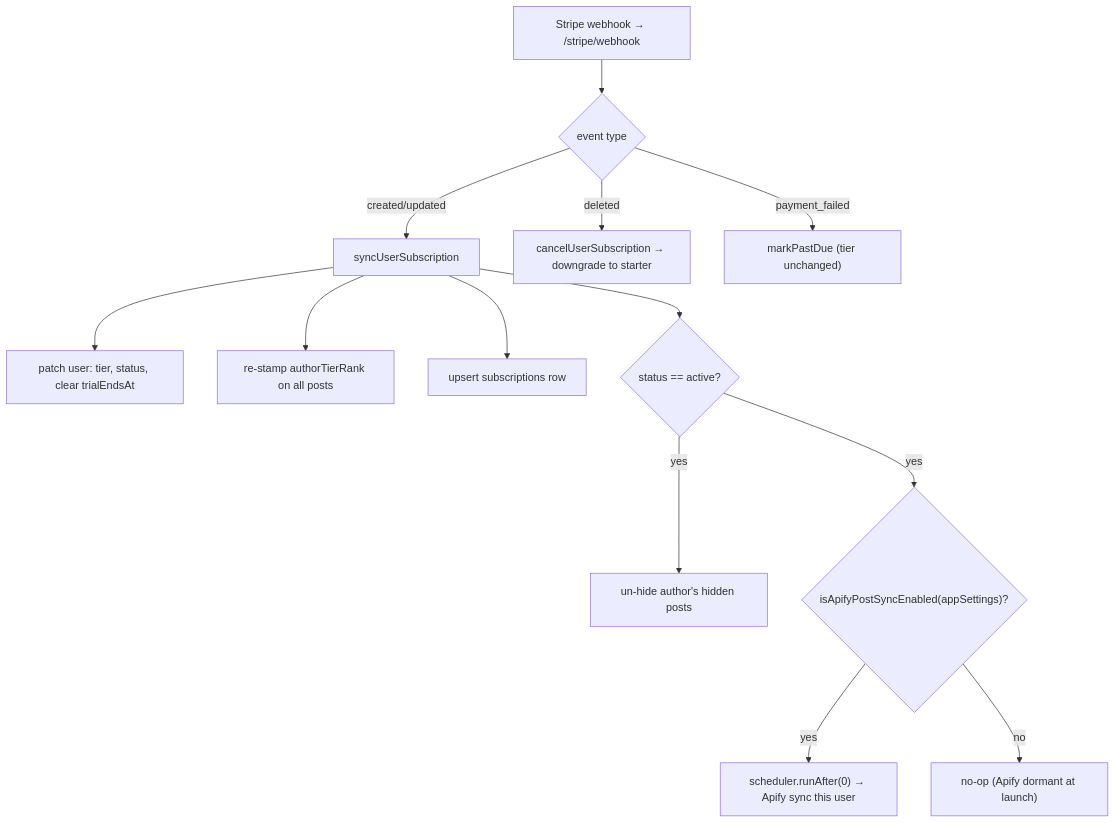
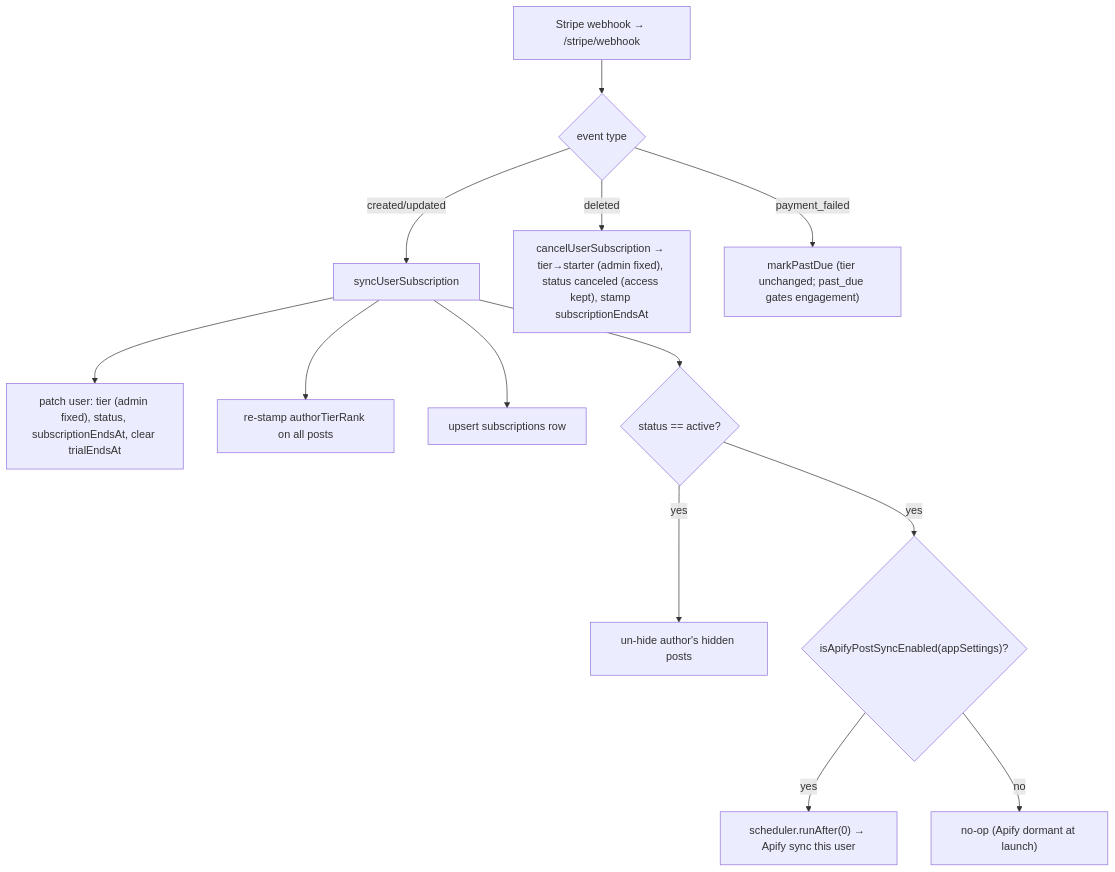
Before and after one commit to henriko202/glowing-octo-guide: the sixth of 21 diagrams in docs/PLATFORM.md, drawn with Mermaid. The commit also changed other lines of this file and 26 other files, not shown here.

````diff
--- a/docs/PLATFORM.md
+++ b/docs/PLATFORM.md
@@ -893,15 +912,15 @@
 ```mermaid
 flowchart TD
   W["Stripe webhook → /stripe/webhook"] --> T{"event type"}
   T -->|created/updated| SYNC["syncUserSubscription"]
-  SYNC --> P1["patch user: tier, status, clear trialEndsAt"]
+  SYNC --> P1["patch user: tier (admin fixed), status, subscriptionEndsAt, clear trialEndsAt"]
   SYNC --> P2["re-stamp authorTierRank on all posts"]
   SYNC --> P3["upsert subscriptions row"]
   SYNC --> ACT{"status == active?"}
   ACT -->|yes| U1["un-hide author's hidden posts"]
   ACT -->|yes| G{"isApifyPostSyncEnabled(appSettings)?"}
   G -->|yes| U2["scheduler.runAfter(0) → Apify sync this user"]
   G -->|no| NOOP["no-op (Apify dormant at launch)"]
-  T -->|deleted| CAN["cancelUserSubscription → downgrade to starter"]
-  T -->|payment_failed| PD["markPastDue (tier unchanged)"]
+  T -->|deleted| CAN["cancelUserSubscription → tier→starter (admin fixed), status canceled (access kept), stamp subscriptionEndsAt"]
+  T -->|payment_failed| PD["markPastDue (tier unchanged; past_due gates engagement)"]
 ```
````
